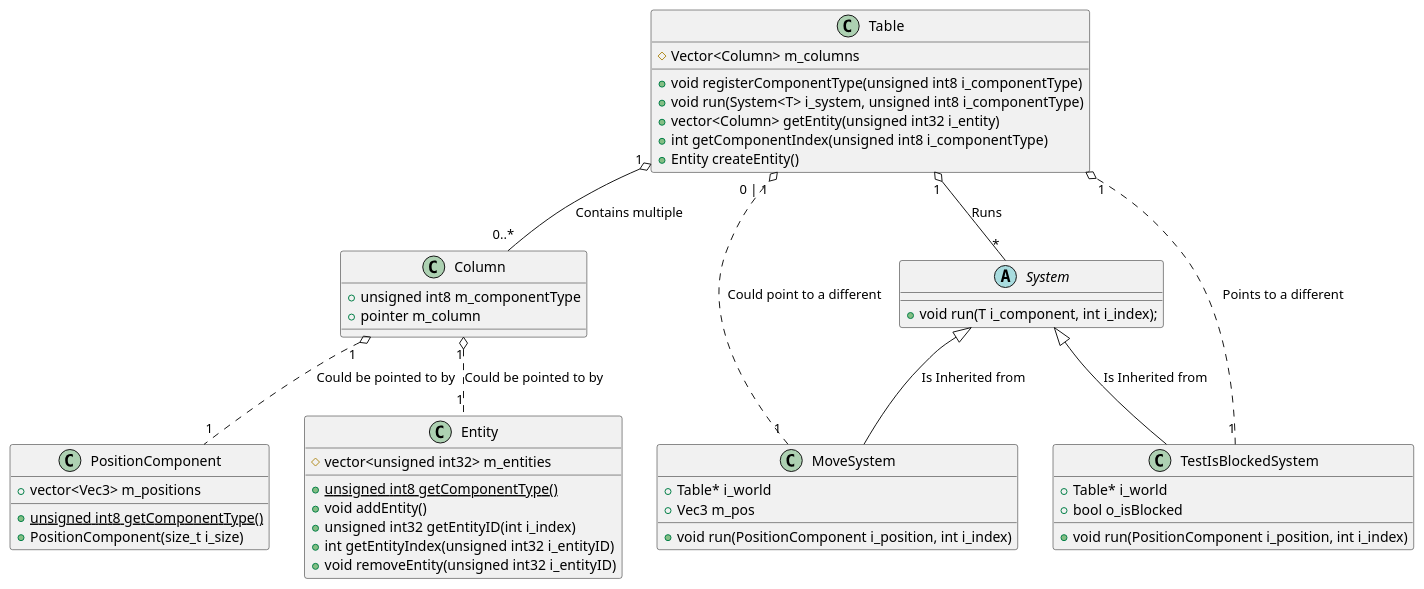
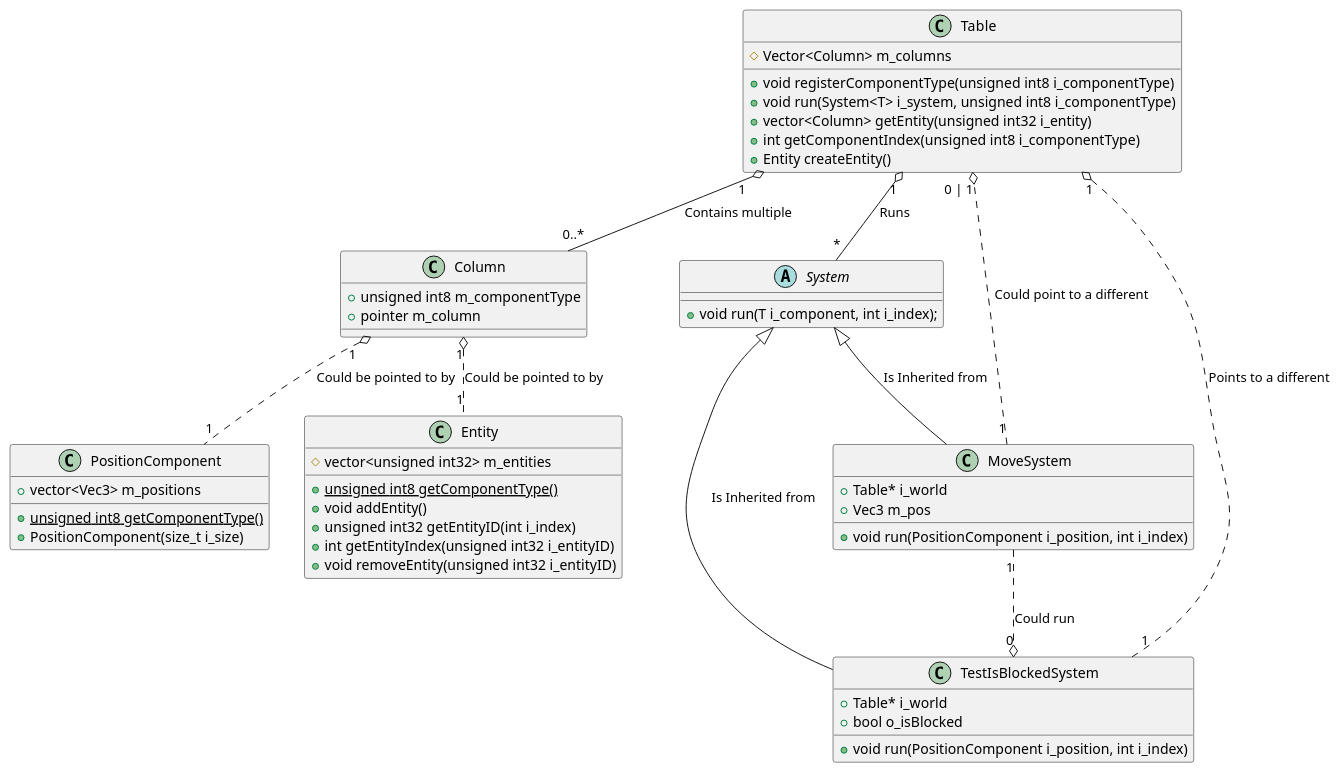
The diagram in ClassDiagram.md (NCCA/programming-assignment-supersliser), drawn with PlantUML before and after one commit. The commit also changed 1 other file, not shown here.

Commit message:
updated ClassDiagram

```diff
--- a/ClassDiagram.md
+++ b/ClassDiagram.md
@@ -1,59 +1,60 @@
 @startuml
 
 class Table {
 	# Vector<Column> m_columns
 	+ void registerComponentType(unsigned int8 i_componentType)
 	+ void run(System<T> i_system, unsigned int8 i_componentType)
     + vector<Column> getEntity(unsigned int32 i_entity)
     + int getComponentIndex(unsigned int8 i_componentType)
 	+ Entity createEntity()
 }
 
 class Column {
     + unsigned int8 m_componentType
 	+ pointer m_column
 }
 
 class PositionComponent {
 	+ vector<Vec3> m_positions
     + {static} unsigned int8 getComponentType()
 	+ PositionComponent(size_t i_size)
 }
 
 class Entity { 
 	# vector<unsigned int32> m_entities
 	+ {static} unsigned int8 getComponentType()
 	+ void addEntity()
 	+ unsigned int32 getEntityID(int i_index)
 	+ int getEntityIndex(unsigned int32 i_entityID)
 	+ void removeEntity(unsigned int32 i_entityID)
 }
 
 abstract class System {
 	+ void run(T i_component, int i_index);
 }
 
 class MoveSystem {
 	+ void run(PositionComponent i_position, int i_index)
     + Table* i_world
     + Vec3 m_pos
 }
 
 class TestIsBlockedSystem{
     + void run(PositionComponent i_position, int i_index)
     + Table* i_world
     + bool o_isBlocked
 }
 
 
 
 Table "1" o-- "0..*" Column : "Contains multiple"
 Column "1" o.. "1" PositionComponent : "Could be pointed to by"
 Column "1" o.. "1" Entity : "Could be pointed to by"
 System <|-- MoveSystem : "Is Inherited from"
 Table "1" o-- "*" System : "Runs"
 System <|-- TestIsBlockedSystem : "Is Inherited from"
 TestIsBlockedSystem "1" ..o "1" Table : "Points to a different"
 MoveSystem "1" ..o "0 | 1" Table : "Could point to a different"
+MoveSystem "1" ..o "0" TestIsBlockedSystem : "Could run"
 
 @enduml
```
